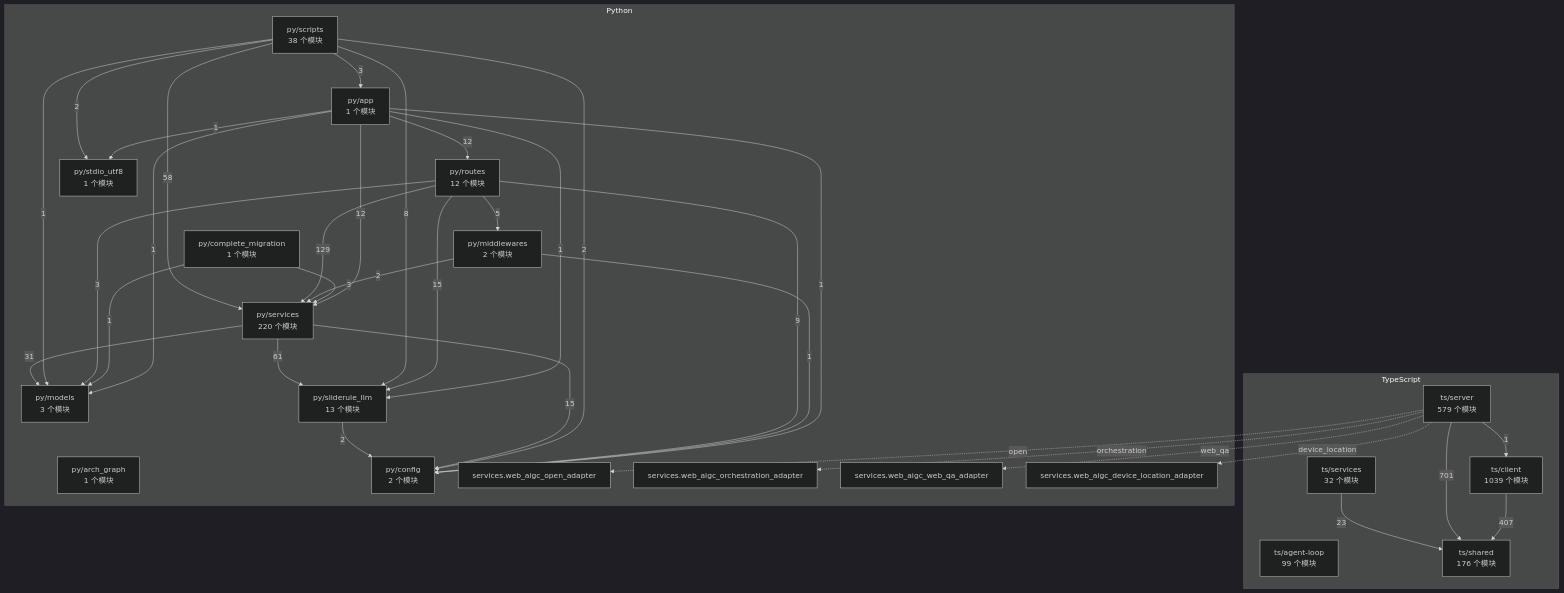
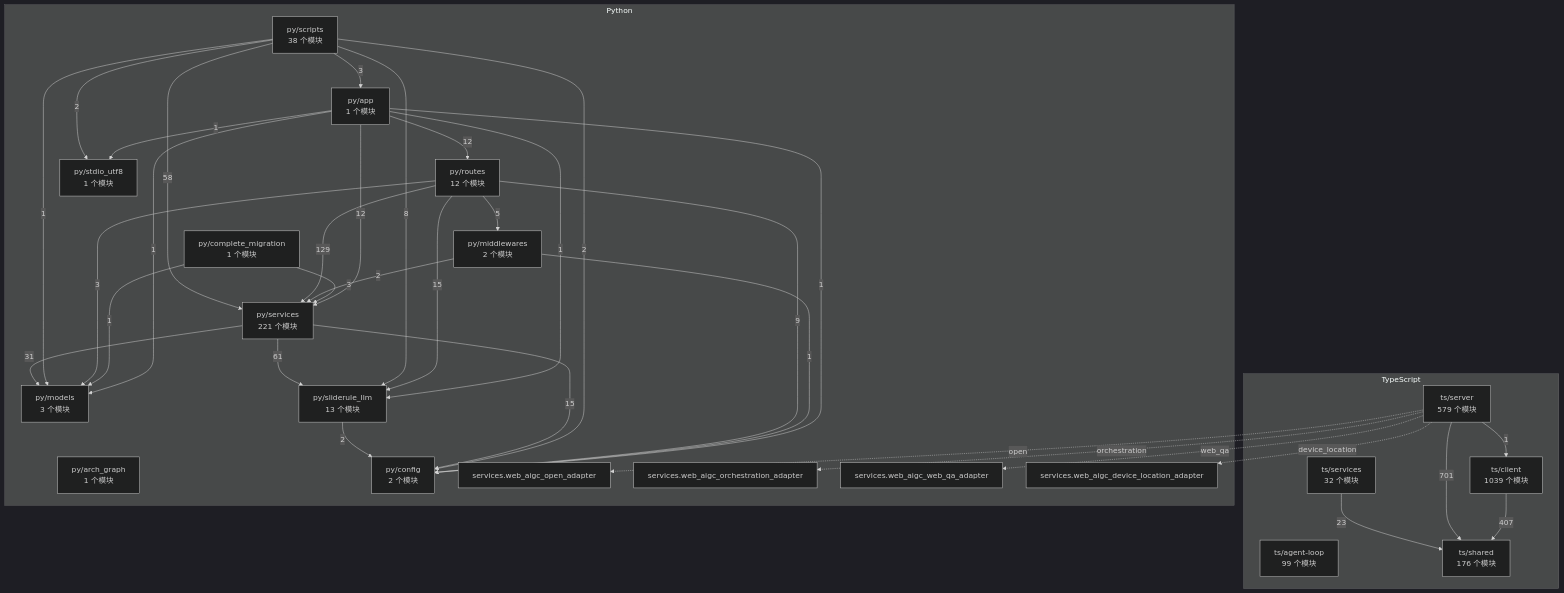
One commit to 2686521696/WhyBuddy changed the diagram in docs/WhyBuddy 全仓架构图（自动生成）.md. Above: the diagram before and after it, drawn with Mermaid (dark theme). The commit also changed 7 other files, not shown here.

````diff
--- a/docs/WhyBuddy 全仓架构图（自动生成）.md
+++ b/docs/WhyBuddy 全仓架构图（自动生成）.md
@@ -14,60 +14,60 @@
 ```mermaid
 flowchart TB
   subgraph ts [TypeScript]
     ts_agent_loop["ts/agent-loop<br/>99 个模块"]
     ts_client["ts/client<br/>1039 个模块"]
     ts_server["ts/server<br/>579 个模块"]
     ts_services["ts/services<br/>32 个模块"]
     ts_shared["ts/shared<br/>176 个模块"]
   end
   subgraph py [Python]
     py_app["py/app<br/>1 个模块"]
     py_arch_graph["py/arch_graph<br/>1 个模块"]
     py_complete_migration["py/complete_migration<br/>1 个模块"]
     py_config["py/config<br/>2 个模块"]
     py_middlewares["py/middlewares<br/>2 个模块"]
     py_models["py/models<br/>3 个模块"]
     py_routes["py/routes<br/>12 个模块"]
     py_scripts["py/scripts<br/>38 个模块"]
-    py_services["py/services<br/>220 个模块"]
+    py_services["py/services<br/>221 个模块"]
     py_sliderule_llm["py/sliderule_llm<br/>13 个模块"]
     py_stdio_utf8["py/stdio_utf8<br/>1 个模块"]
     py_services_web_aigc_open_adapter["services.web_aigc_open_adapter"]
     py_services_web_aigc_orchestration_adapter["services.web_aigc_orchestration_adapter"]
     py_services_web_aigc_web_qa_adapter["services.web_aigc_web_qa_adapter"]
     py_services_web_aigc_device_location_adapter["services.web_aigc_device_location_adapter"]
   end
   ts_client -->|407| ts_shared
   ts_server -->|1| ts_client
   ts_server -->|701| ts_shared
   ts_services -->|23| ts_shared
   py_app -->|1| py_config
   py_app -->|1| py_models
   py_app -->|12| py_routes
   py_app -->|12| py_services
   py_app -->|1| py_sliderule_llm
   py_app -->|1| py_stdio_utf8
   py_complete_migration -->|1| py_models
   py_complete_migration -->|3| py_services
   py_middlewares -->|1| py_config
   py_middlewares -->|2| py_services
   py_routes -->|9| py_config
   py_routes -->|5| py_middlewares
   py_routes -->|3| py_models
   py_routes -->|129| py_services
   py_routes -->|15| py_sliderule_llm
   py_scripts -->|3| py_app
   py_scripts -->|2| py_config
   py_scripts -->|1| py_models
   py_scripts -->|58| py_services
   py_scripts -->|8| py_sliderule_llm
   py_scripts -->|2| py_stdio_utf8
   py_services -->|15| py_config
   py_services -->|31| py_models
   py_services -->|61| py_sliderule_llm
   py_sliderule_llm -->|2| py_config
   ts_server -.->|open| py_services_web_aigc_open_adapter
   ts_server -.->|orchestration| py_services_web_aigc_orchestration_adapter
   ts_server -.->|web_qa| py_services_web_aigc_web_qa_adapter
   ts_server -.->|device_location| py_services_web_aigc_device_location_adapter
 ```
````
